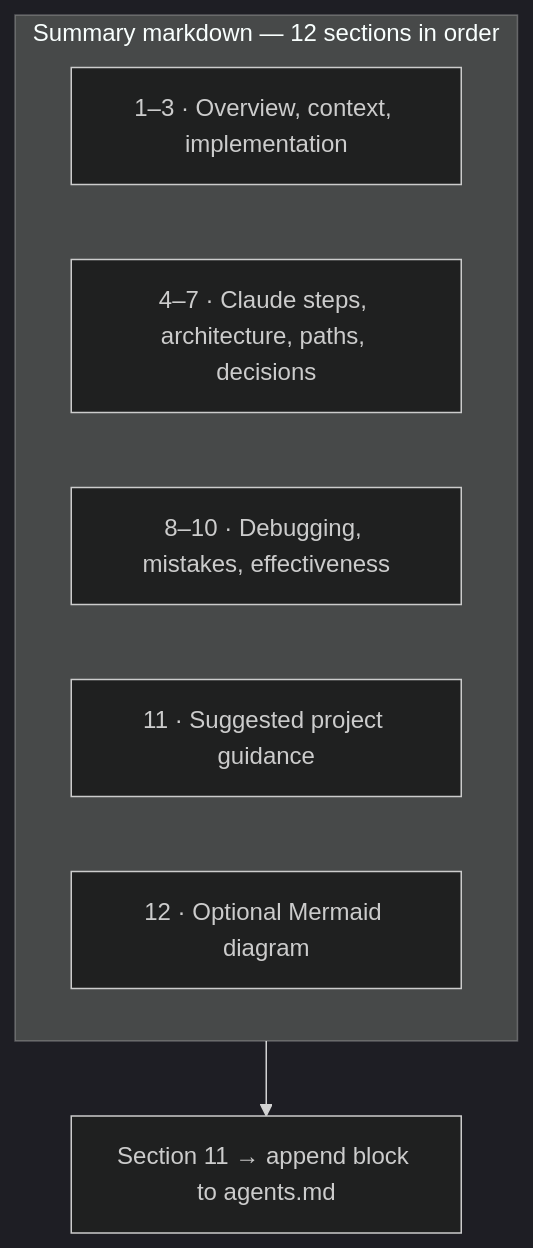
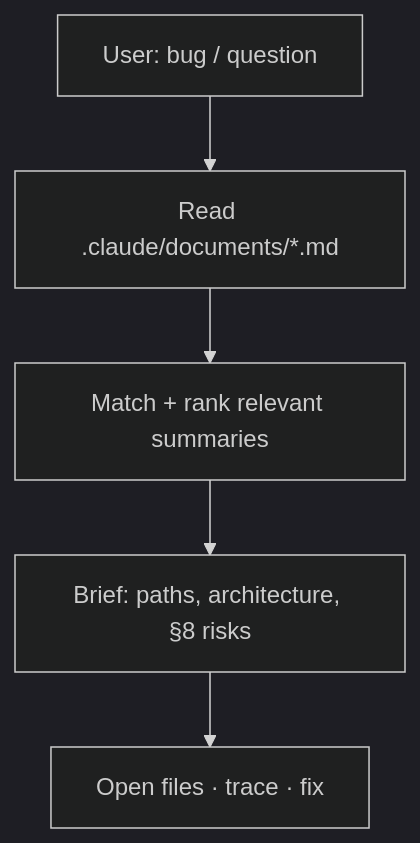
The second of 2 diagrams in README.md (yash0208/claude-docit-plugin), drawn with Mermaid (dark theme) before and after one commit. The commit also changed other lines of this file and 8 other files, not shown here.

````diff
--- a/README.md
+++ b/README.md
@@ -91,12 +95,9 @@
 ```mermaid
 flowchart TB
-  subgraph summary["Summary markdown — 12 sections in order"]
-    S1["1–3 · Overview, context, implementation"]
-    S2["4–7 · Claude steps, architecture, paths, decisions"]
-    S3["8–10 · Debugging, mistakes, effectiveness"]
-    S4["11 · Suggested project guidance"]
-    S5["12 · Optional Mermaid diagram"]
-  end
-  R["Section 11 → append block to agents.md"]
-  summary --> R
+  U["User: bug / question"]
+  L["Read .claude/documents/*.md"]
+  M["Match + rank relevant summaries"]
+  B["Brief: paths, architecture, §8 risks"]
+  X["Open files · trace · fix"]
+  U --> L --> M --> B --> X
 ```
````
